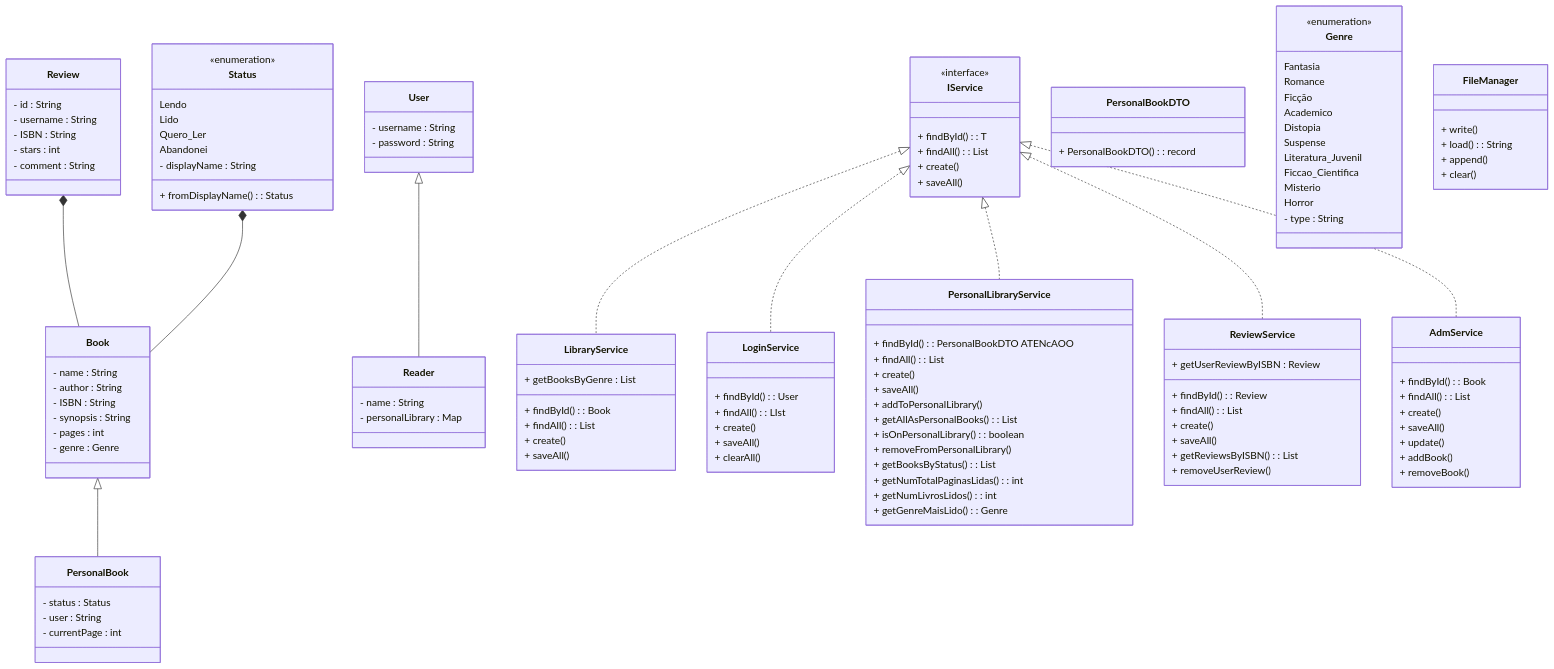
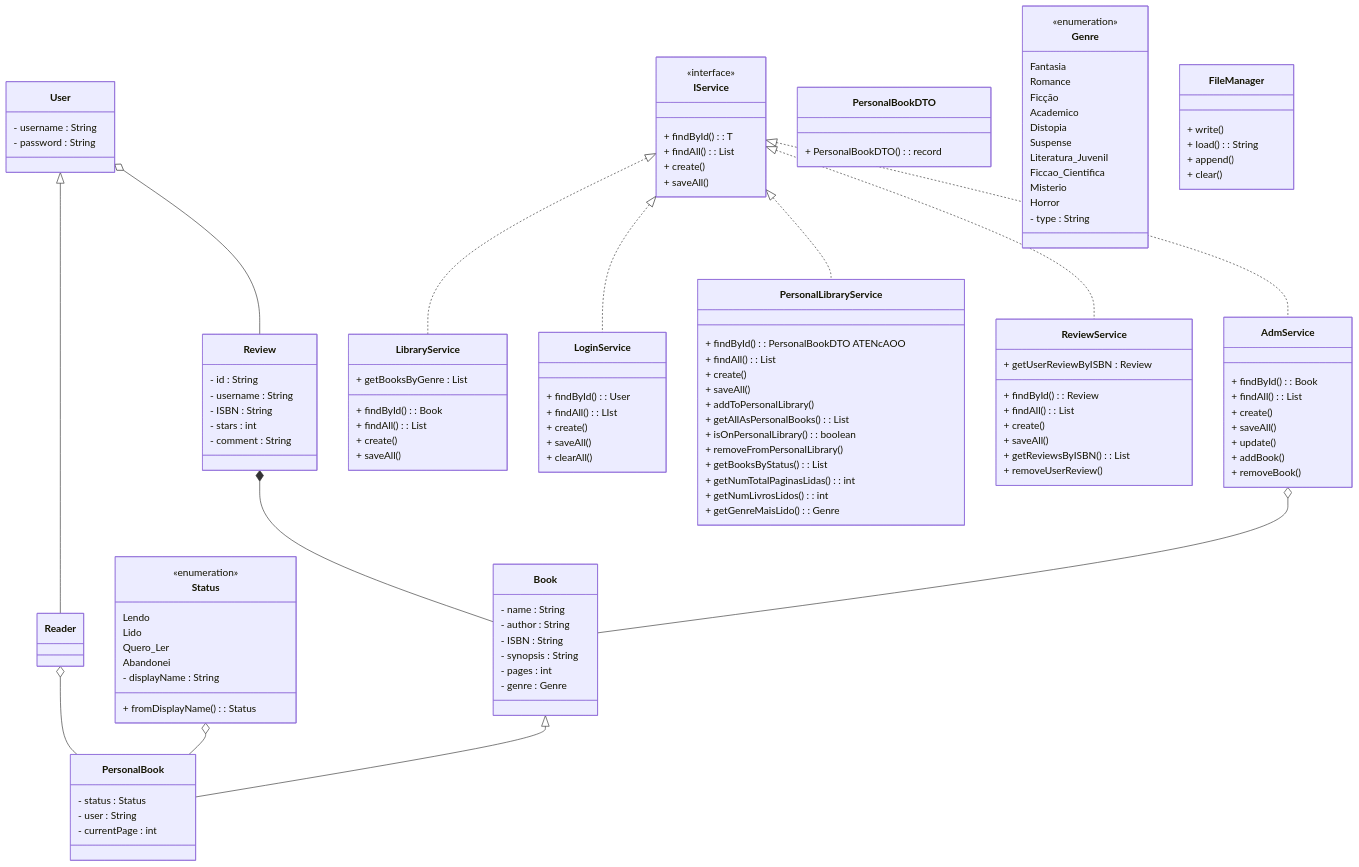
Before and after one commit to martins-joaopedro/DCC025-TrabalhoFinal: the diagram in README.md, drawn with Mermaid.

```diff
--- a/README.md
+++ b/README.md
@@ -6,13 +6,17 @@
 
 Book <|-- PersonalBook 
 Review *-- Book
-Status *-- Book
+Status o-- PersonalBook
+AdmService o-- Book
 User <|-- Reader
+User o-- Review
+Reader o-- PersonalBook
 IService <|.. LibraryService
 IService <|.. LoginService
 IService <|.. PersonalLibraryService
 IService <|.. ReviewService
 IService <|.. AdmService
+
 
 class PersonalBookDTO {
     + PersonalBookDTO() : record
@@ -68,10 +72,7 @@
     - comment : String
 }
 
-class Reader {
-    - name : String
-    - personalLibrary : Map<String, Book> 
-}
+class Reader 
 
 class User {
     - username : String
```
